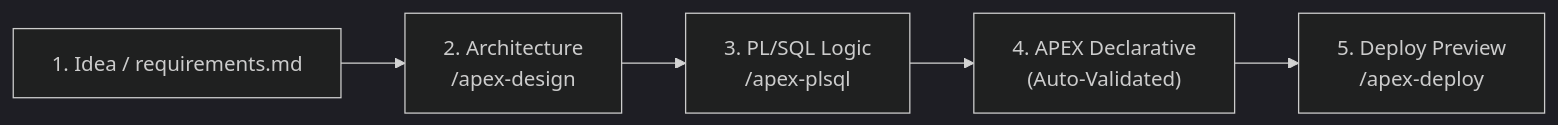
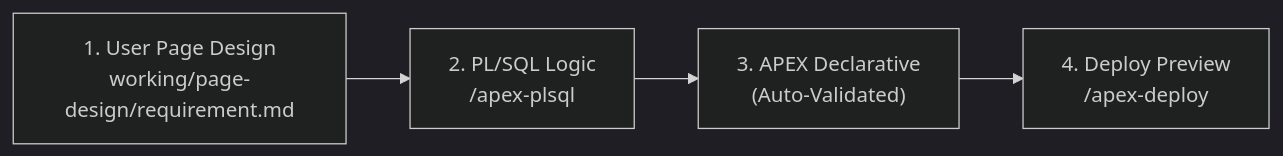
Before and after one commit to jaxontan/AP3X-1: the diagram in README.md, drawn with Mermaid (dark theme). The commit also changed other lines of this file and 4 other files, not shown here.

Commit message:
Remove apex-design command in favor of user-defined working/page-design/requirement.md

````diff
--- a/README.md
+++ b/README.md
@@ -70,7 +69,6 @@
 ```mermaid
 flowchart LR
-    A["1. Idea / requirements.md"] --> B["2. Architecture<br/>/apex-design"]
-    B --> C["3. PL/SQL Logic<br/>/apex-plsql"]
-    C --> D["4. APEX Declarative<br/>(Auto-Validated)"]
-    D --> E["5. Deploy Preview<br/>/apex-deploy"]
+    A["1. User Page Design<br/>working/page-design/requirement.md"] --> B["2. PL/SQL Logic<br/>/apex-plsql"]
+    B --> C["3. APEX Declarative<br/>(Auto-Validated)"]
+    C --> D["4. Deploy Preview<br/>/apex-deploy"]
 ```
````
